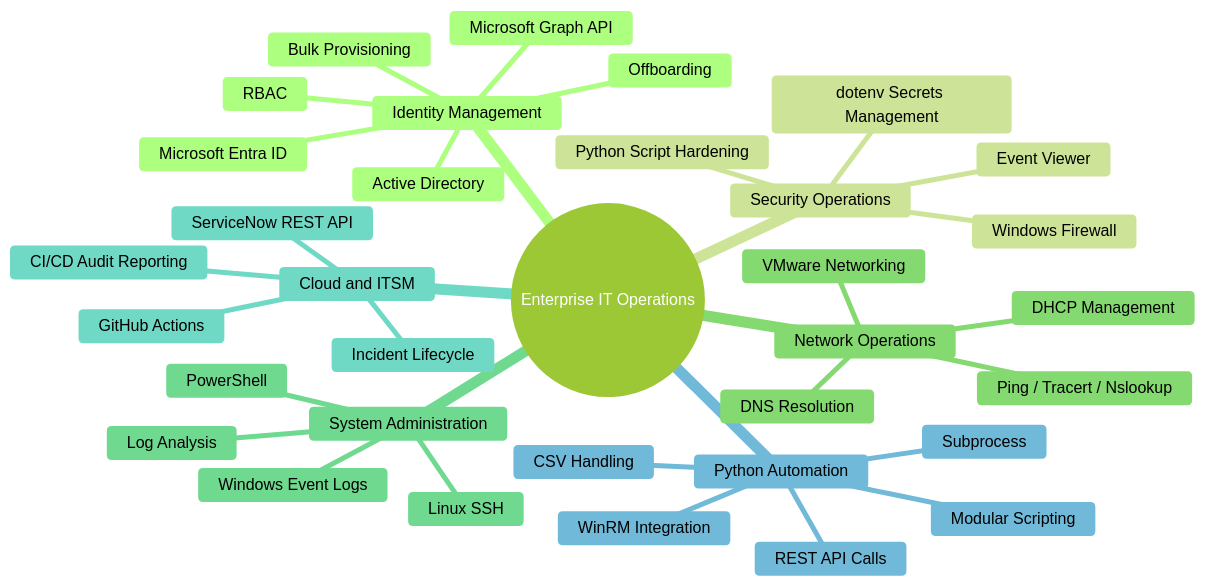
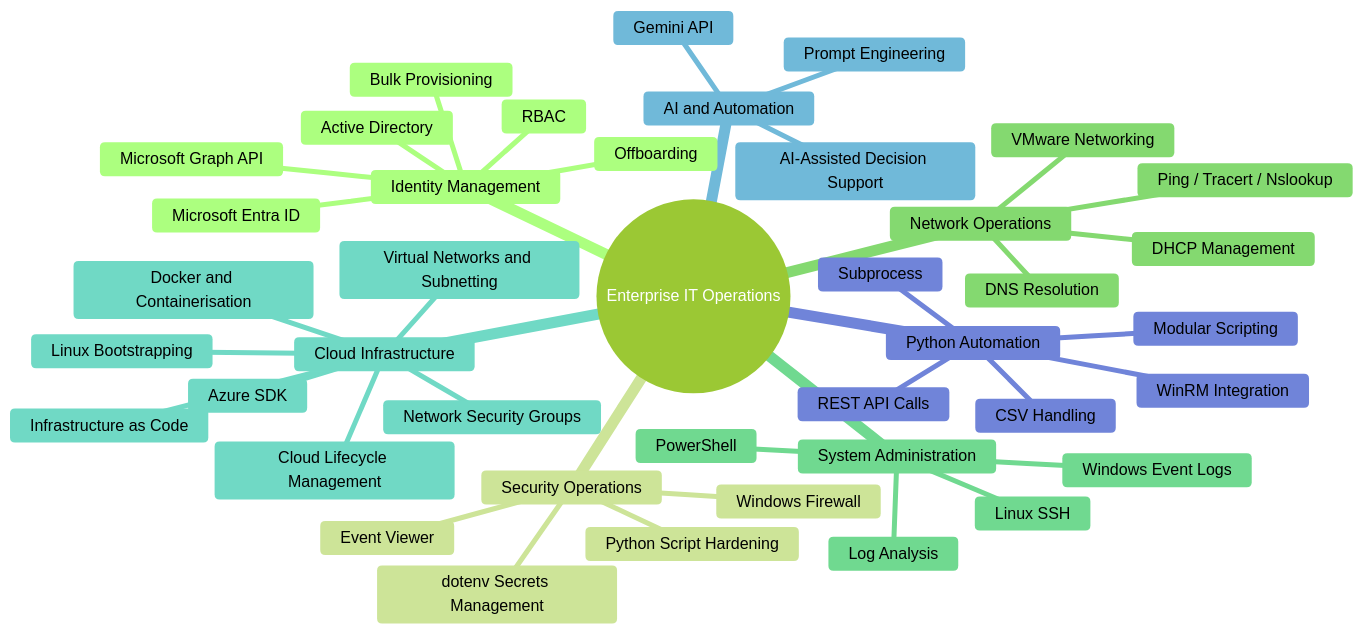
Before and after one commit to Jesseee9/Enterprise-IT-Operations-and-Workflow: the second of 2 diagrams in README.md, drawn with Mermaid (forest theme). The commit also changed other lines of this file, not shown here.

Commit message:
[Repository] — Add Azure cloud workflows, AI triage, and Docker — README update

````diff
--- a/README.md
+++ b/README.md
@@ -464,37 +487,44 @@
 ```mermaid
 mindmap
   root((Enterprise IT Operations))
     Identity Management
       Active Directory
       Microsoft Entra ID
       Microsoft Graph API
       Bulk Provisioning
       Offboarding
       RBAC
     Security Operations
       Windows Firewall
       Event Viewer
       Python Script Hardening
       dotenv Secrets Management
     Network Operations
       DNS Resolution
       DHCP Management
       Ping / Tracert / Nslookup
       VMware Networking
     System Administration
       PowerShell
       Windows Event Logs
       Linux SSH
       Log Analysis
-    Cloud and ITSM
-      ServiceNow REST API
-      Incident Lifecycle
-      GitHub Actions
-      CI/CD Audit Reporting
+    Cloud Infrastructure
+      Azure SDK
+      Virtual Networks and Subnetting
+      Network Security Groups
+      Cloud Lifecycle Management
+      Linux Bootstrapping
+      Infrastructure as Code
+      Docker and Containerisation
+    AI and Automation
+      Gemini API
+      Prompt Engineering
+      AI-Assisted Decision Support
     Python Automation
       WinRM Integration
       REST API Calls
       CSV Handling
       Subprocess
       Modular Scripting
 ```
````
